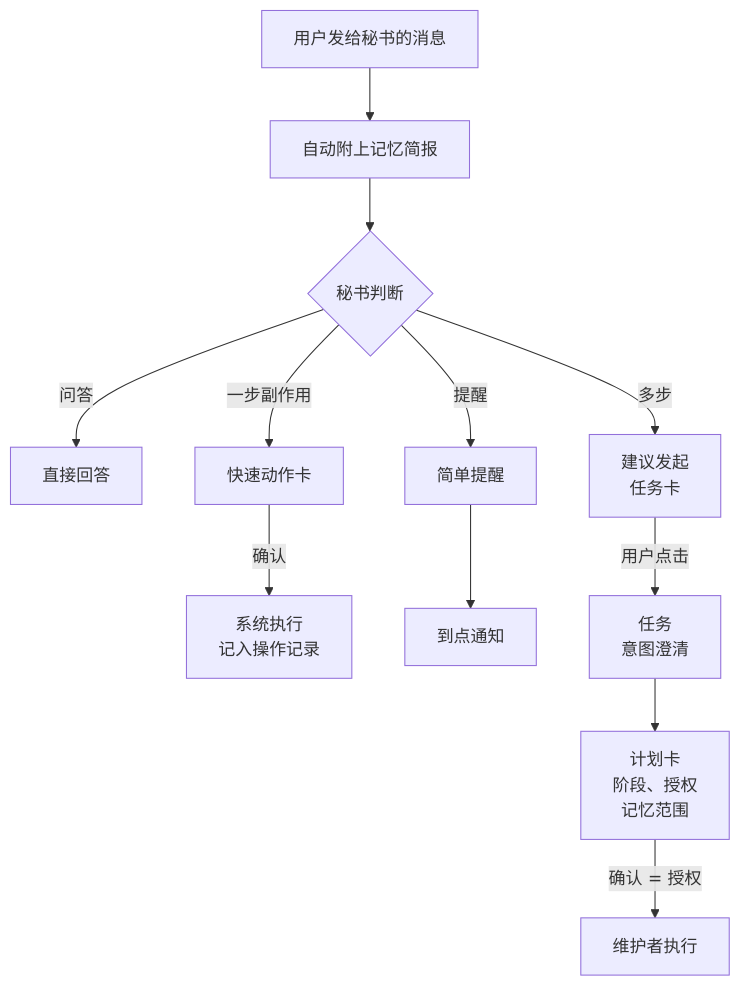
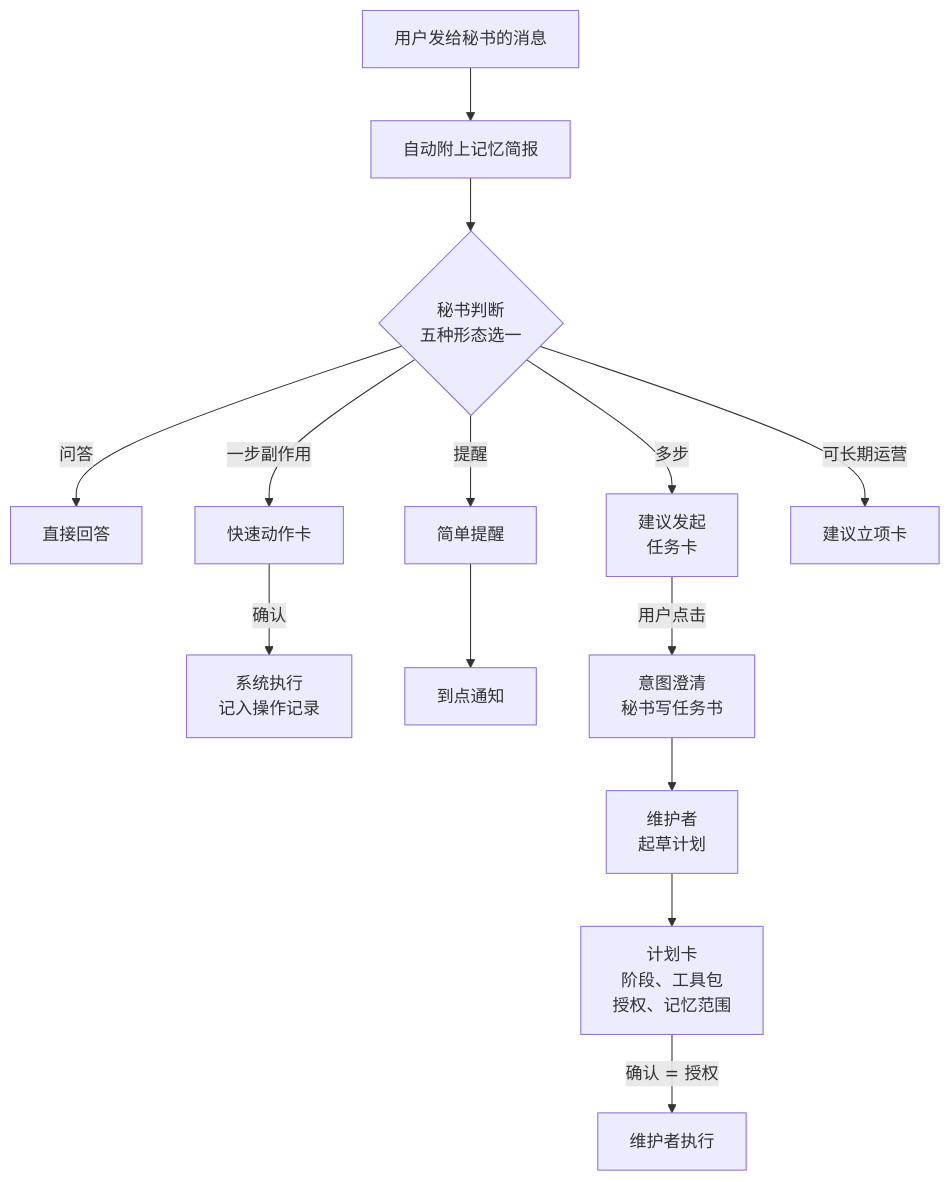
The third of 9 diagrams in README.md (catmaniii/ergo), drawn with Mermaid before and after one commit. The commit also changed other lines of this file and 34 other files, not shown here.

````diff
--- a/README.md
+++ b/README.md
@@ -126,14 +139,16 @@
 ```mermaid
 flowchart TB
     MSG["用户发给秘书的消息"] --> BR["自动附上记忆简报"]
-    BR --> JUDGE{"秘书判断"}
+    BR --> JUDGE{"秘书判断<br/>五种形态选一"}
     JUDGE -->|"问答"| ANS["直接回答"]
     JUDGE -->|"一步副作用"| QA["快速动作卡"]
     JUDGE -->|"提醒"| RM["简单提醒"]
     JUDGE -->|"多步"| SUG["建议发起<br/>任务卡"]
+    JUDGE -->|"可长期运营"| SUGP["建议立项卡"]
     QA -->|"确认"| EXEC["系统执行<br/>记入操作记录"]
     RM --> SCH["到点通知"]
-    SUG -->|"用户点击"| START["任务<br/>意图澄清"]
-    START --> PLAN["计划卡<br/>阶段、授权<br/>记忆范围"]
+    SUG -->|"用户点击"| START["意图澄清<br/>秘书写任务书"]
+    START --> DRAFT["维护者<br/>起草计划"]
+    DRAFT --> PLAN["计划卡<br/>阶段、工具包<br/>授权、记忆范围"]
     PLAN -->|"确认 = 授权"| RUN["维护者执行"]
 ```
````
